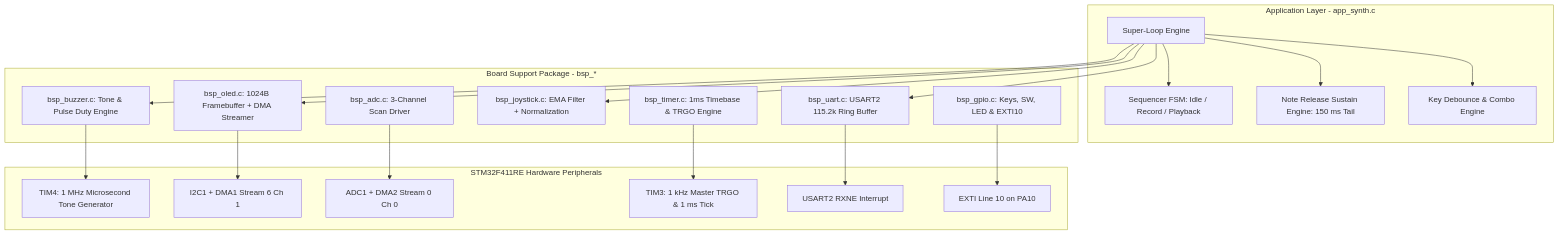
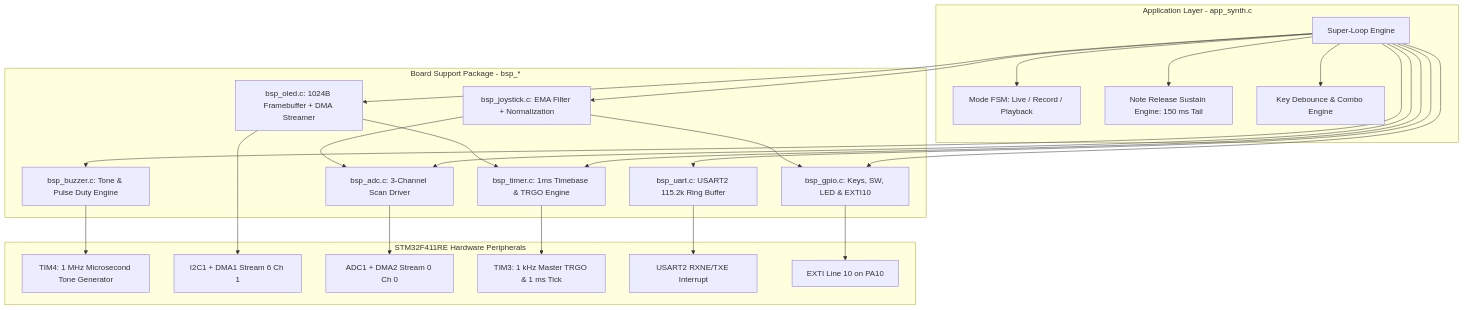
Before and after one commit to peerapas-sr/STM32f411-synthesizer: the diagram in README.md, drawn with Mermaid. The commit also changed other lines of this file and 3 other files, not shown here.

````diff
--- a/README.md
+++ b/README.md
@@ -40,43 +41,49 @@
 ```mermaid
 graph TD
     subgraph Application_Layer [Application Layer - app_synth.c]
         MainLoop[Super-Loop Engine]
-        SeqFSM[Sequencer FSM: Idle / Record / Playback]
+        SeqFSM[Mode FSM: Live / Record / Playback]
         SustainEng[Note Release Sustain Engine: 150 ms Tail]
         KeyDebounce[Key Debounce & Combo Engine]
     end
 
     subgraph BSP_Drivers [Board Support Package - bsp_*]
         BSP_Buzzer[bsp_buzzer.c: Tone & Pulse Duty Engine]
         BSP_OLED[bsp_oled.c: 1024B Framebuffer + DMA Streamer]
         BSP_ADC[bsp_adc.c: 3-Channel Scan Driver]
         BSP_Joy[bsp_joystick.c: EMA Filter + Normalization]
         BSP_UART[bsp_uart.c: USART2 115.2k Ring Buffer]
         BSP_Timer[bsp_timer.c: 1ms Timebase & TRGO Engine]
         BSP_GPIO[bsp_gpio.c: Keys, SW, LED & EXTI10]
     end
 
     subgraph STM32F411_Hardware [STM32F411RE Hardware Peripherals]
         TIM4[TIM4: 1 MHz Microsecond Tone Generator]
         I2C1_DMA1[I2C1 + DMA1 Stream 6 Ch 1]
         ADC1_DMA2[ADC1 + DMA2 Stream 0 Ch 0]
         TIM3[TIM3: 1 kHz Master TRGO & 1 ms Tick]
-        USART2[USART2 RXNE Interrupt]
+        USART2[USART2 RXNE/TXE Interrupt]
         EXTI10[EXTI Line 10 on PA10]
     end
 
     MainLoop --> SeqFSM
     MainLoop --> SustainEng
     MainLoop --> KeyDebounce
     MainLoop --> BSP_OLED
     MainLoop --> BSP_Buzzer
     MainLoop --> BSP_Joy
     MainLoop --> BSP_UART
+    MainLoop --> BSP_ADC
+    MainLoop --> BSP_GPIO
+    MainLoop --> BSP_Timer
+    BSP_Joy --> BSP_ADC
+    BSP_Joy --> BSP_GPIO
+    BSP_OLED --> BSP_Timer
 
     BSP_Buzzer --> TIM4
     BSP_OLED --> I2C1_DMA1
     BSP_ADC --> ADC1_DMA2
     BSP_Timer --> TIM3
     BSP_UART --> USART2
     BSP_GPIO --> EXTI10
 ```
````
